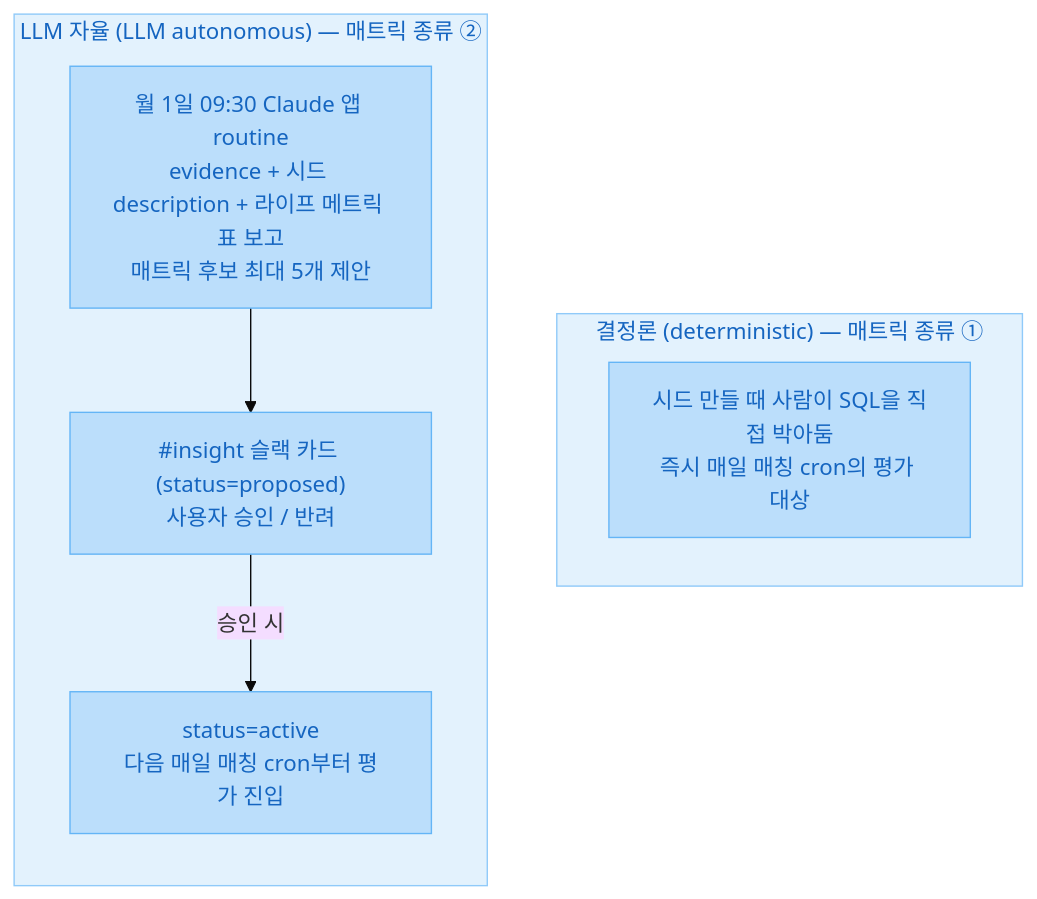
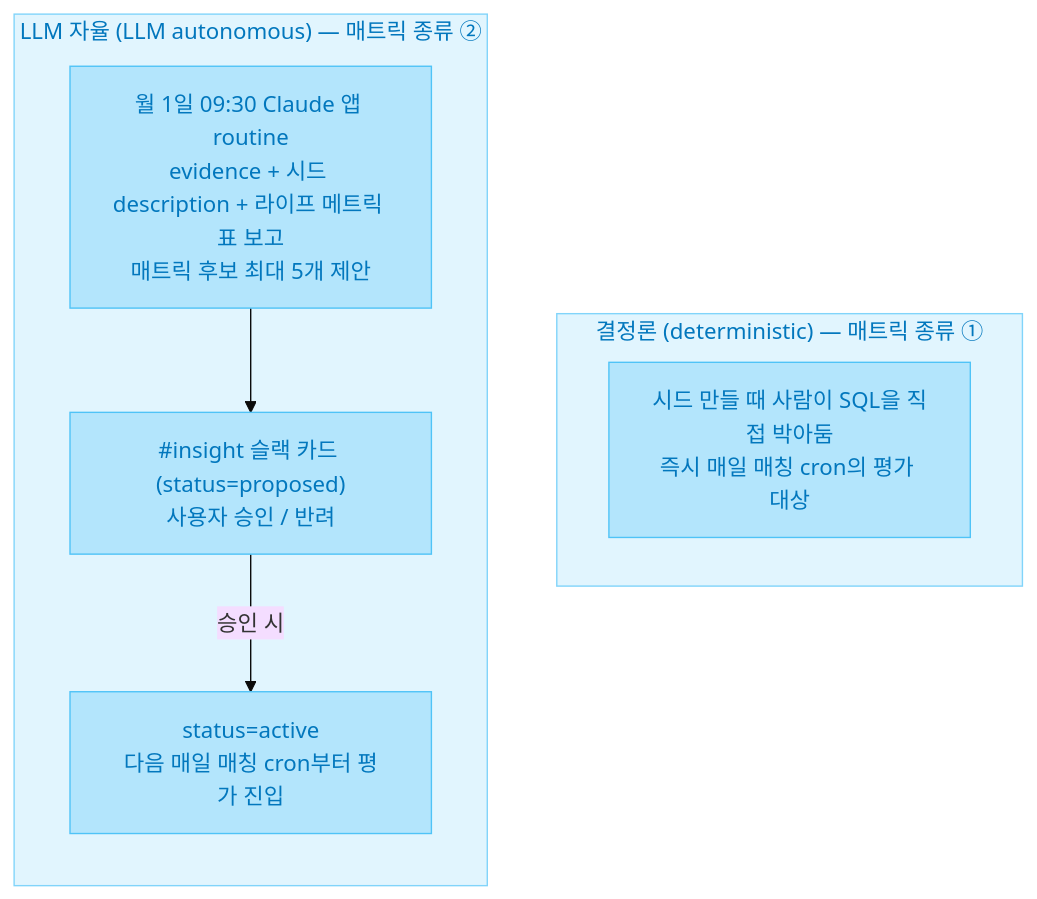
One commit to hyewon3938/slack-ai-agents changed the eighth of 9 diagrams in docs/explainers/insight-v2.md. Above: the diagram before and after it, drawn with Mermaid (base theme). The commit also changed other lines of this file, not shown here.

````diff
--- a/docs/explainers/insight-v2.md
+++ b/docs/explainers/insight-v2.md
@@ -384,20 +384,20 @@
 ```mermaid
 flowchart TB
   subgraph DET["결정론 (deterministic) — 매트릭 종류 ①"]
     DET1["시드 만들 때 사람이 SQL을 직접 박아둠<br/>즉시 매일 매칭 cron의 평가 대상"]
   end
 
   subgraph LLM["LLM 자율 (LLM autonomous) — 매트릭 종류 ②"]
     direction TB
     L1["월 1일 09:30 Claude 앱 routine<br/>evidence + 시드 description + 라이프 메트릭 표 보고<br/>매트릭 후보 최대 5개 제안"]
     L2["#insight 슬랙 카드 (status=proposed)<br/>사용자 승인 / 반려"]
     L3["status=active<br/>다음 매일 매칭 cron부터 평가 진입"]
     L1 --> L2
     L2 -- 승인 시 --> L3
   end
 
-  classDef metricBox fill:#E3F2FD,stroke:#90CAF9,color:#1565C0
-  classDef metricNode fill:#BBDEFB,stroke:#64B5F6,color:#1565C0
+  classDef metricBox fill:#E1F5FE,stroke:#81D4FA,color:#0277BD
+  classDef metricNode fill:#B3E5FC,stroke:#4FC3F7,color:#0277BD
   class DET,LLM metricBox
   class DET1,L1,L2,L3 metricNode
 ```
````
